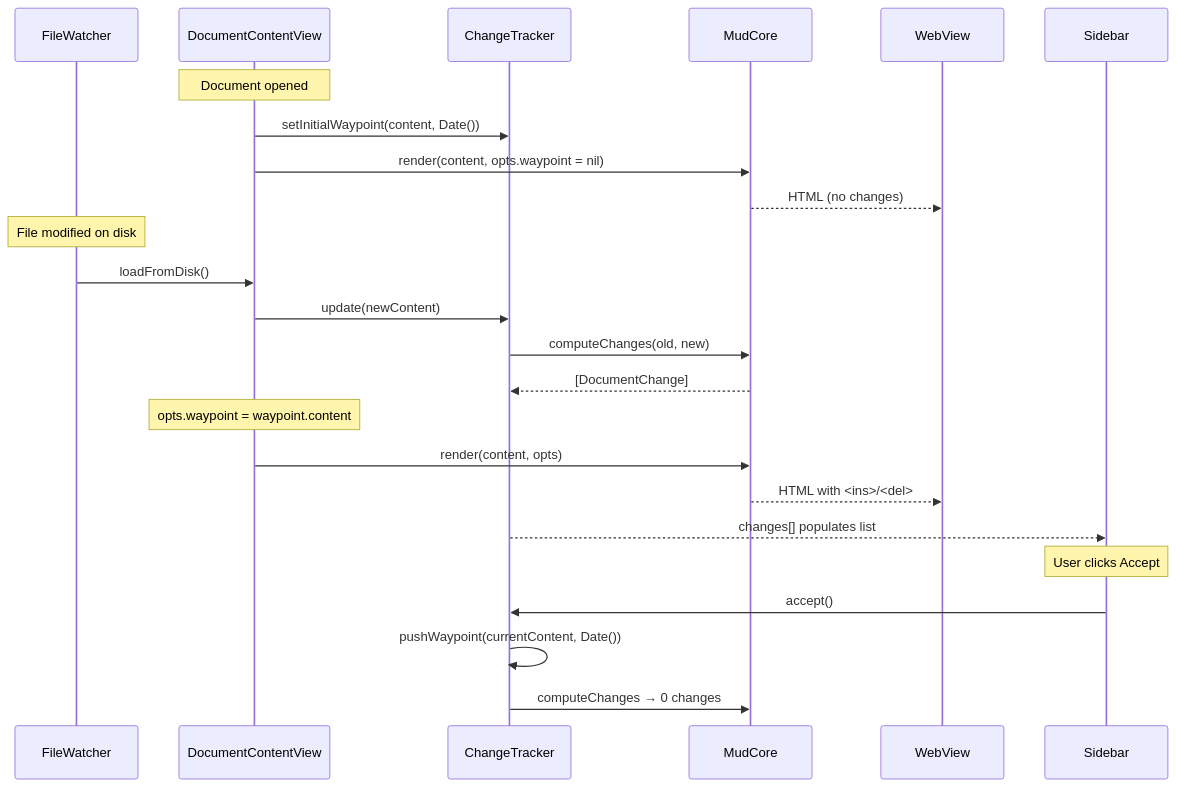
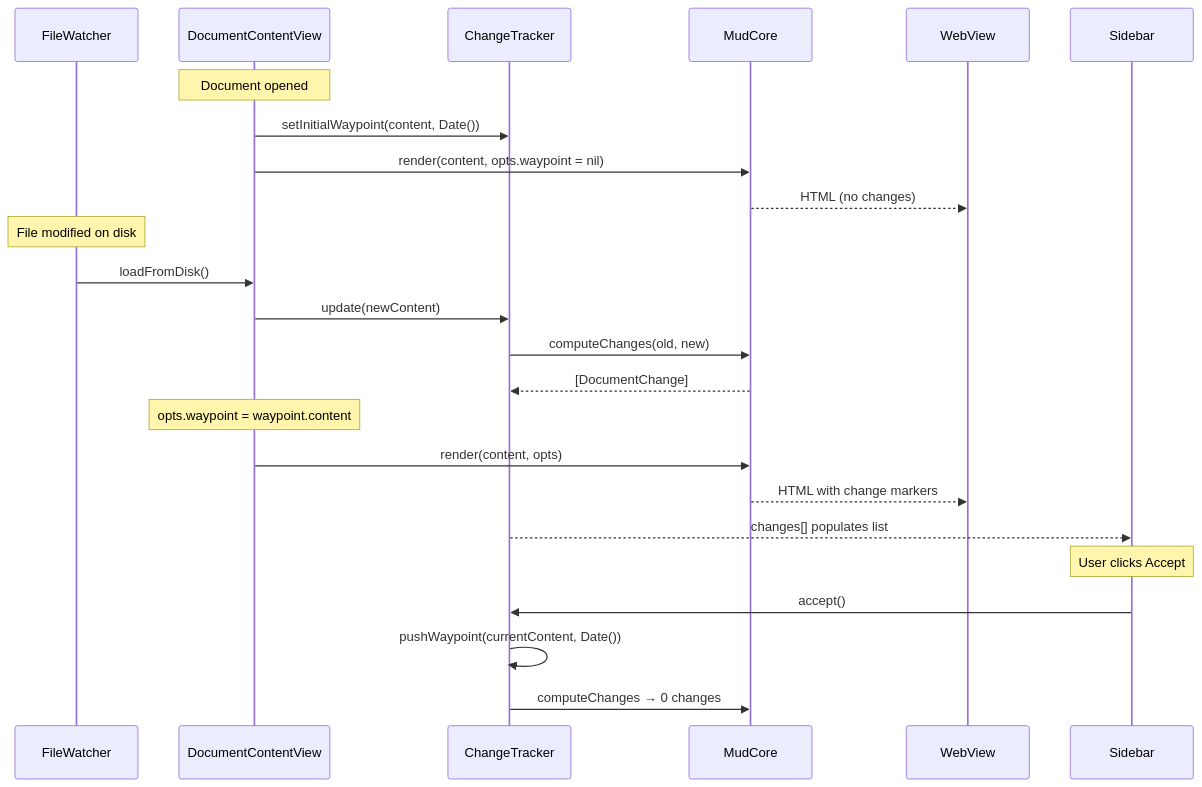
One commit to DaveKT/mud changed the diagram in Doc/Plans/2026-03-track-changes.md. Above: the diagram before and after it, drawn with Mermaid. The commit also changed other lines of this file and 3 other files, not shown here.

````diff
--- a/Doc/Plans/2026-03-track-changes.md
+++ b/Doc/Plans/2026-03-track-changes.md
@@ -42,28 +56,28 @@
 ```mermaid
 sequenceDiagram
     participant FW as FileWatcher
     participant DCV as DocumentContentView
     participant CT as ChangeTracker
     participant MC as MudCore
     participant WV as WebView
 
     Note over DCV: Document opened
     DCV->>CT: setInitialWaypoint(content, Date())
     DCV->>MC: render(content, opts.waypoint = nil)
     MC-->>WV: HTML (no changes)
 
     Note over FW: File modified on disk
     FW->>DCV: loadFromDisk()
     DCV->>CT: update(newContent)
     CT->>MC: computeChanges(old, new)
     MC-->>CT: [DocumentChange]
     Note over DCV: opts.waypoint = waypoint.content
     DCV->>MC: render(content, opts)
-    MC-->>WV: HTML with <ins>/<del>
+    MC-->>WV: HTML with change markers
     CT-->>Sidebar: changes[] populates list
 
     Note over Sidebar: User clicks Accept
     Sidebar->>CT: accept()
     CT->>CT: pushWaypoint(currentContent, Date())
     CT->>MC: computeChanges → 0 changes
 ```
````
